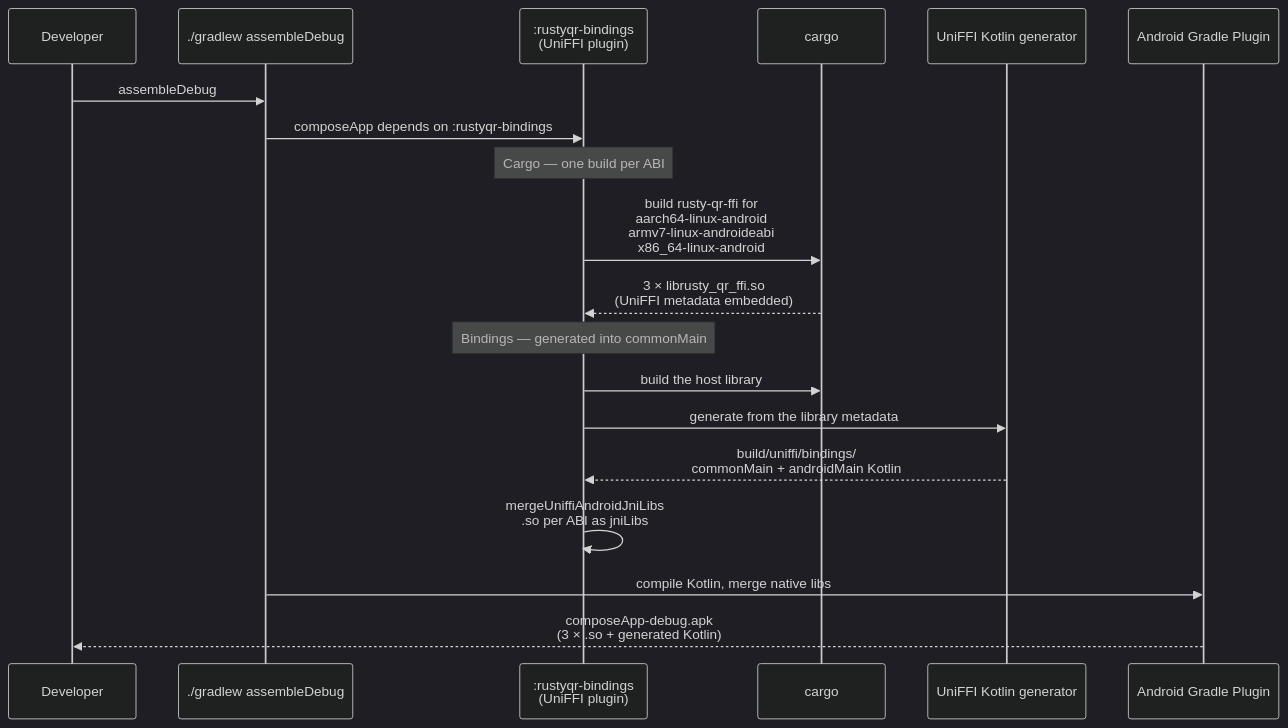
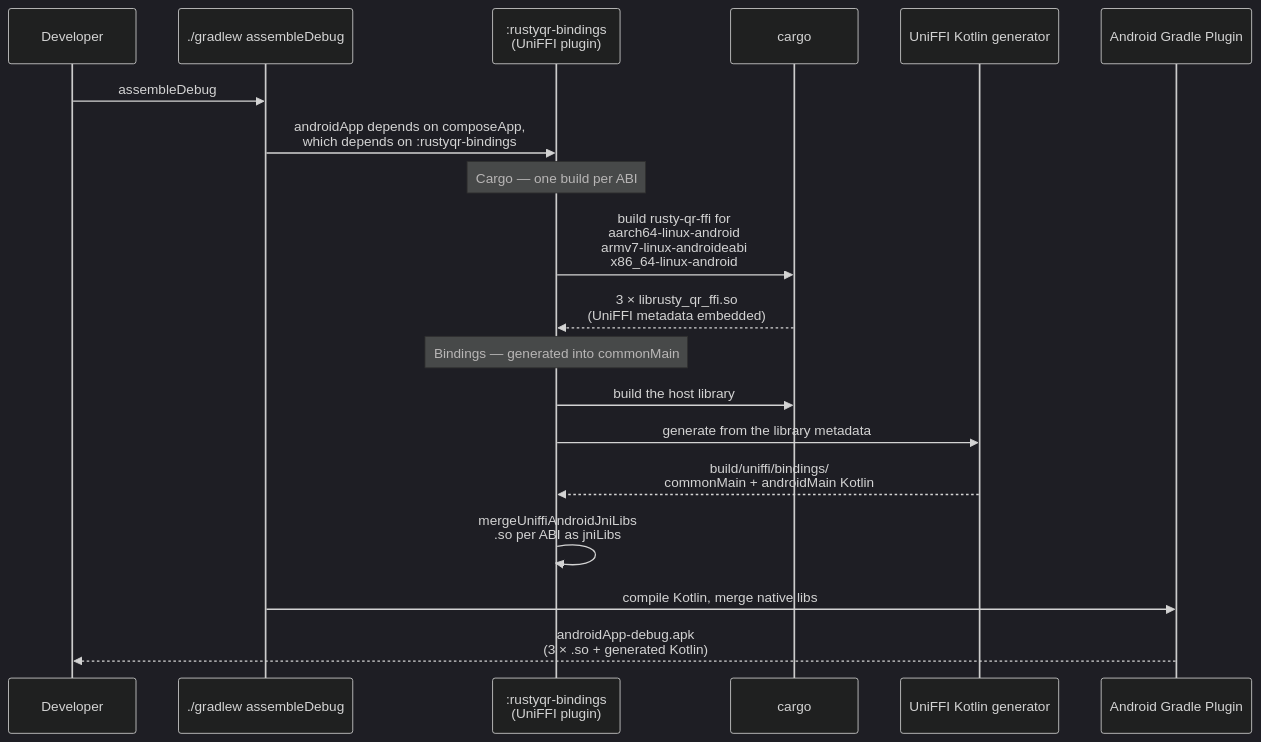
One commit to prasannajeet/RustyQR changed the second of 7 diagrams in docs/ARCHITECTURE.md. Above: the diagram before and after it, drawn with Mermaid (dark theme). The commit also changed other lines of this file and 44 other files, not shown here.

Commit message:
build(android): split the android app from the kmp library (#12)

````diff
--- a/docs/ARCHITECTURE.md
+++ b/docs/ARCHITECTURE.md
@@ -235,26 +235,26 @@
 ```mermaid
 sequenceDiagram
     participant Dev as Developer
     participant G as ./gradlew assembleDebug
     participant B as :rustyqr-bindings<br/>(UniFFI plugin)
     participant C as cargo
     participant UG as UniFFI Kotlin generator
     participant AGP as Android Gradle Plugin
 
     Dev->>G: assembleDebug
-    G->>B: composeApp depends on :rustyqr-bindings
+    G->>B: androidApp depends on composeApp,<br/>which depends on :rustyqr-bindings
 
     Note over B: Cargo — one build per ABI
     B->>C: build rusty-qr-ffi for<br/>aarch64-linux-android<br/>armv7-linux-androideabi<br/>x86_64-linux-android
     C-->>B: 3 × librusty_qr_ffi.so<br/>(UniFFI metadata embedded)
 
     Note over B: Bindings — generated into commonMain
     B->>C: build the host library
     B->>UG: generate from the library metadata
     UG-->>B: build/uniffi/bindings/<br/>commonMain + androidMain Kotlin
 
     B->>B: mergeUniffiAndroidJniLibs<br/>.so per ABI as jniLibs
 
     G->>AGP: compile Kotlin, merge native libs
-    AGP-->>Dev: composeApp-debug.apk<br/>(3 × .so + generated Kotlin)
+    AGP-->>Dev: androidApp-debug.apk<br/>(3 × .so + generated Kotlin)
 ```
````
